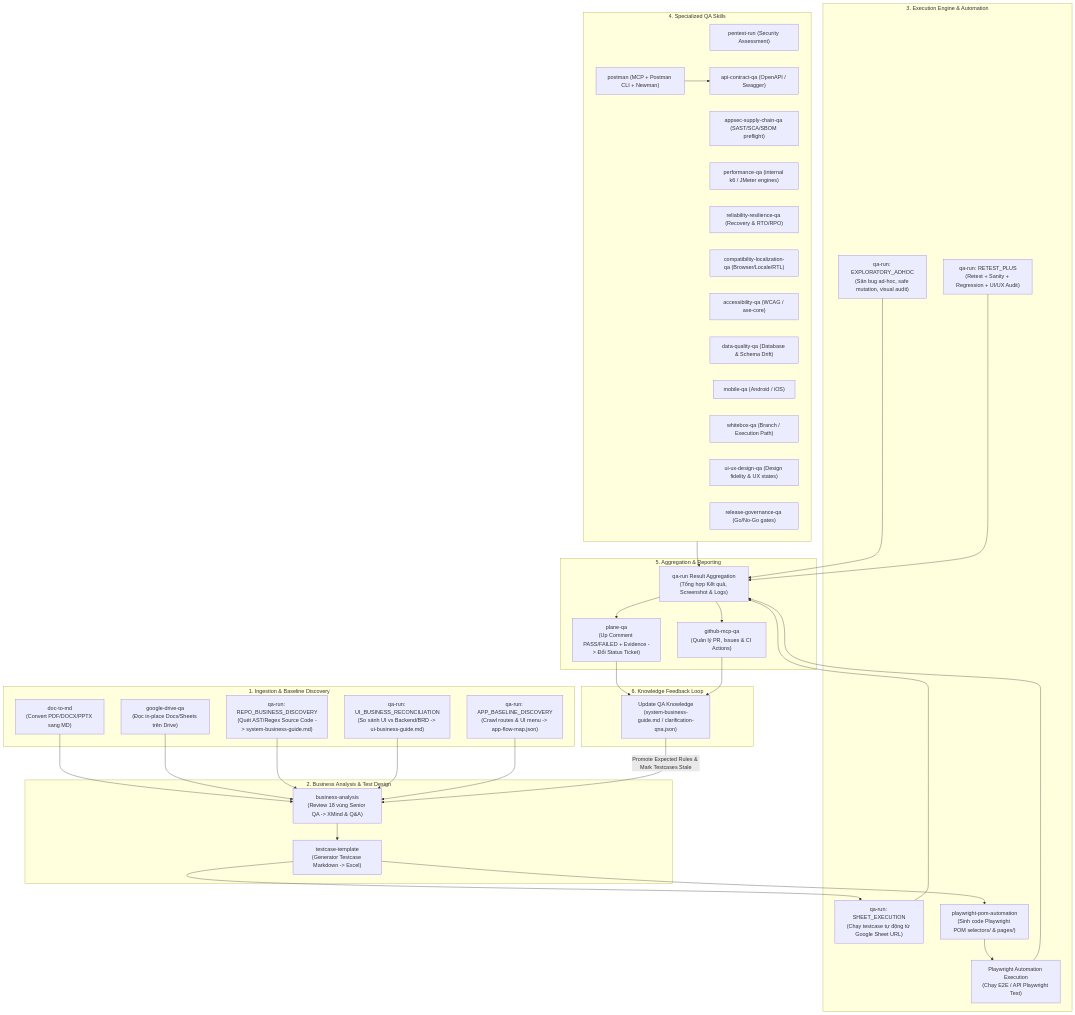
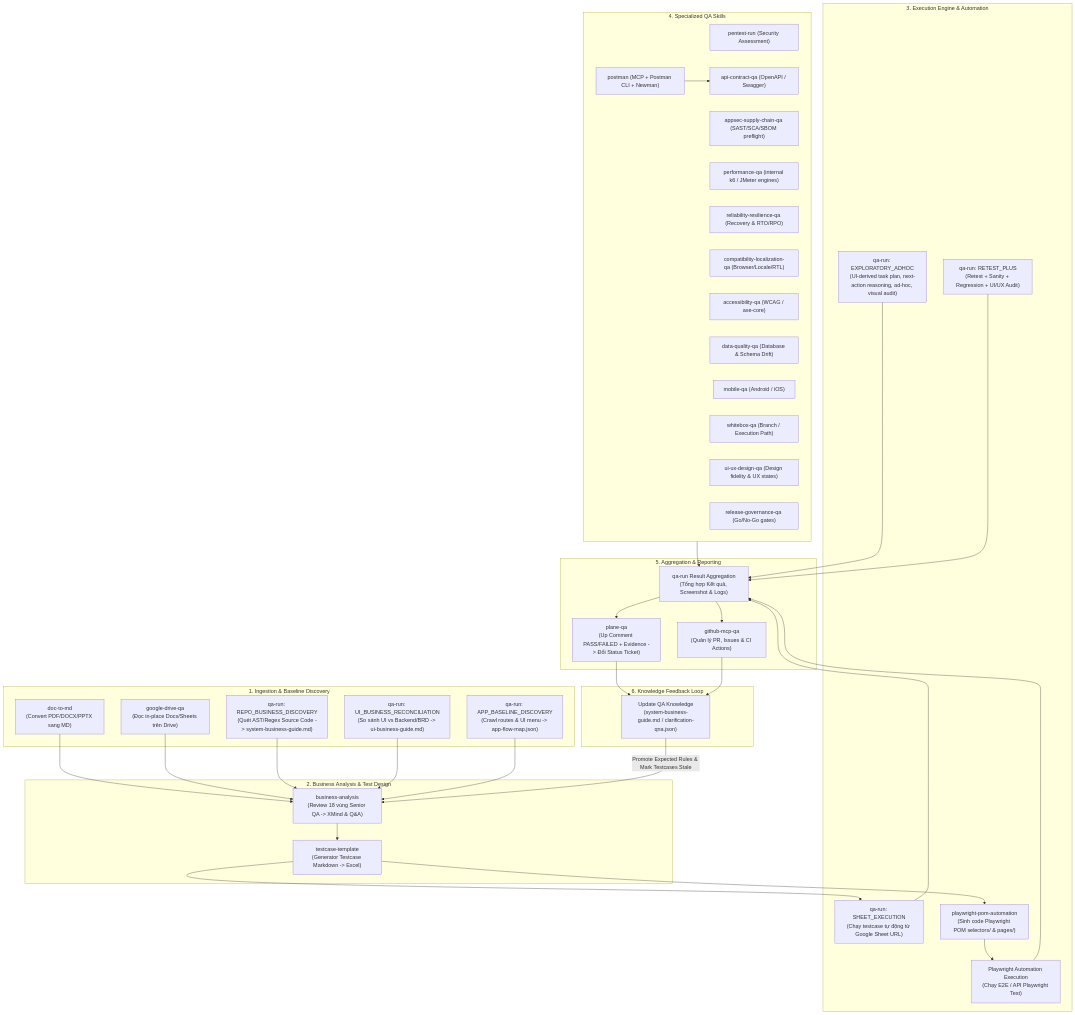
One commit to tqphong02/QA-skill changed the first of 3 diagrams in SKILL_FLOW_MAPPING.md. Above: the diagram before and after it, drawn with Mermaid. The commit also changed other lines of this file and 42 other files, not shown here.

````diff
--- a/SKILL_FLOW_MAPPING.md
+++ b/SKILL_FLOW_MAPPING.md
@@ -18,71 +18,71 @@
 ```mermaid
 flowchart TD
     %% 1. Ingestion & Discovery
     subgraph S1["1. Ingestion & Baseline Discovery"]
         DOC["doc-to-md\n(Convert PDF/DOCX/PPTX sang MD)"]
         DRIVE["google-drive-qa\n(Đọc in-place Docs/Sheets trên Drive)"]
         RBD["qa-run: REPO_BUSINESS_DISCOVERY\n(Quét AST/Regex Source Code -> system-business-guide.md)"]
         UBR["qa-run: UI_BUSINESS_RECONCILIATION\n(So sánh UI vs Backend/BRD -> ui-business-guide.md)"]
         ABD["qa-run: APP_BASELINE_DISCOVERY\n(Crawl routes & UI menu -> app-flow-map.json)"]
     end
 
     %% 2. Business Analysis & Test Design
     subgraph S2["2. Business Analysis & Test Design"]
         BA["business-analysis\n(Review 18 vùng Senior QA -> XMind & Q&A)"]
         TCT["testcase-template\n(Generator Testcase Markdown -> Excel)"]
     end
 
     %% 3. Execution & Automation Engine
     subgraph S3["3. Execution Engine & Automation"]
         EX_SHEET["qa-run: SHEET_EXECUTION\n(Chạy testcase tự động từ Google Sheet URL)"]
-        EX_EXPLORATORY["qa-run: EXPLORATORY_ADHOC\n(Săn bug ad-hoc, safe mutation, visual audit)"]
+        EX_EXPLORATORY["qa-run: EXPLORATORY_ADHOC\n(UI-derived task plan, next-action reasoning, ad-hoc, visual audit)"]
         EX_RETEST["qa-run: RETEST_PLUS\n(Retest + Sanity + Regression + UI/UX Audit)"]
         POM_GEN["playwright-pom-automation\n(Sinh code Playwright POM selectors/ & pages/)"]
         POM_EXEC["Playwright Automation Execution\n(Chạy E2E / API Playwright Test)"]
     end
 
     %% 4. Specialized Testing
     subgraph S4["4. Specialized QA Skills"]
         SEC["pentest-run (Security Assessment)"]
         APPSEC["appsec-supply-chain-qa (SAST/SCA/SBOM preflight)"]
         PERF["performance-qa (internal k6 / JMeter engines)"]
         RES["reliability-resilience-qa (Recovery & RTO/RPO)"]
         COMPAT["compatibility-localization-qa (Browser/Locale/RTL)"]
         POSTMAN["postman (MCP + Postman CLI + Newman)"]
         API["api-contract-qa (OpenAPI / Swagger)"]
         ACC["accessibility-qa (WCAG / axe-core)"]
         DBQ["data-quality-qa (Database & Schema Drift)"]
         MOB["mobile-qa (Android / iOS)"]
         WB["whitebox-qa (Branch / Execution Path)"]
         UIUX["ui-ux-design-qa (Design fidelity & UX states)"]
         RELEASE["release-governance-qa (Go/No-Go gates)"]
     end
 
     %% 5. Reporting & Exporters
     subgraph S5["5. Aggregation & Reporting"]
         AGG["qa-run Result Aggregation\n(Tổng hợp Kết quả, Screenshot & Logs)"]
         PLANE["plane-qa\n(Up Comment PASS/FAILED + Evidence -> Đổi Status Ticket)"]
         GH["github-mcp-qa\n(Quản lý PR, Issues & CI Actions)"]
     end
 
     %% 6. Feedback Loop
     subgraph S6["6. Knowledge Feedback Loop"]
         FB["Update QA Knowledge\n(system-business-guide.md / clarification-qna.json)"]
     end
 
     %% Data Connections
     DOC & DRIVE & RBD & UBR & ABD --> BA
     BA --> TCT
     TCT --> EX_SHEET
     TCT --> POM_GEN
     POM_GEN --> POM_EXEC
     POSTMAN --> API
     
     EX_SHEET & EX_EXPLORATORY & EX_RETEST & POM_EXEC & S4 --> AGG
     
     AGG --> PLANE
     AGG --> GH
     
     PLANE & GH --> FB
     FB -->|Promote Expected Rules & Mark Testcases Stale| BA
 ```
````
